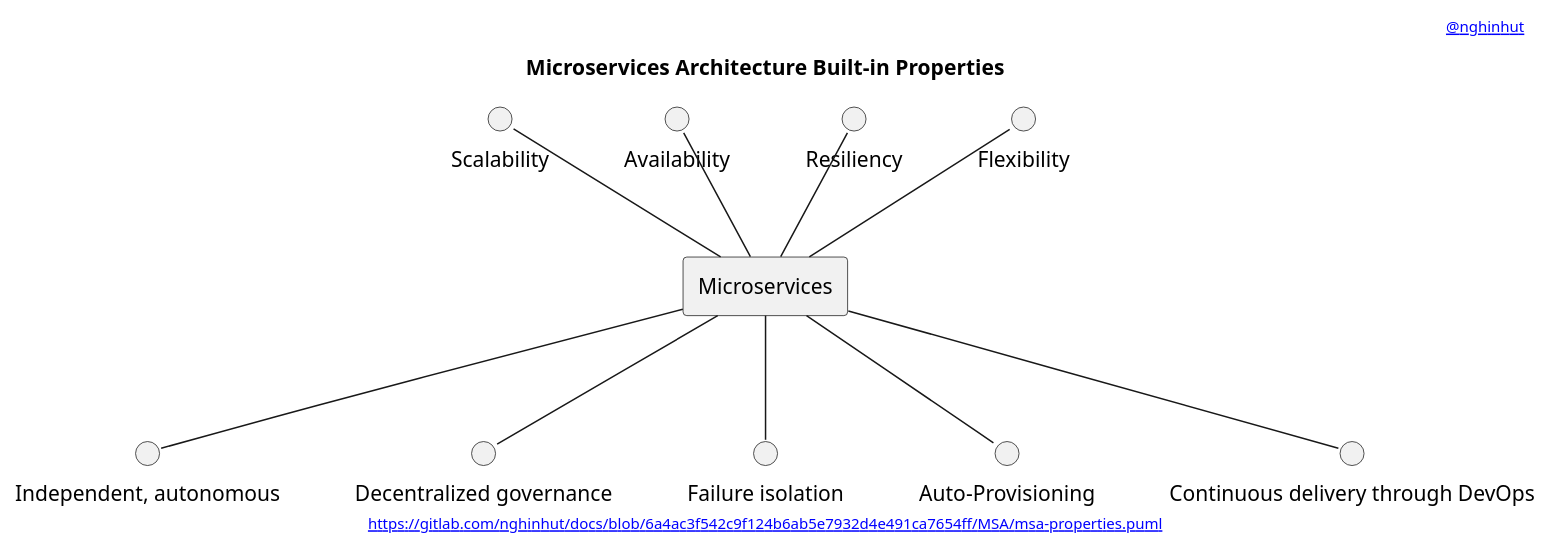
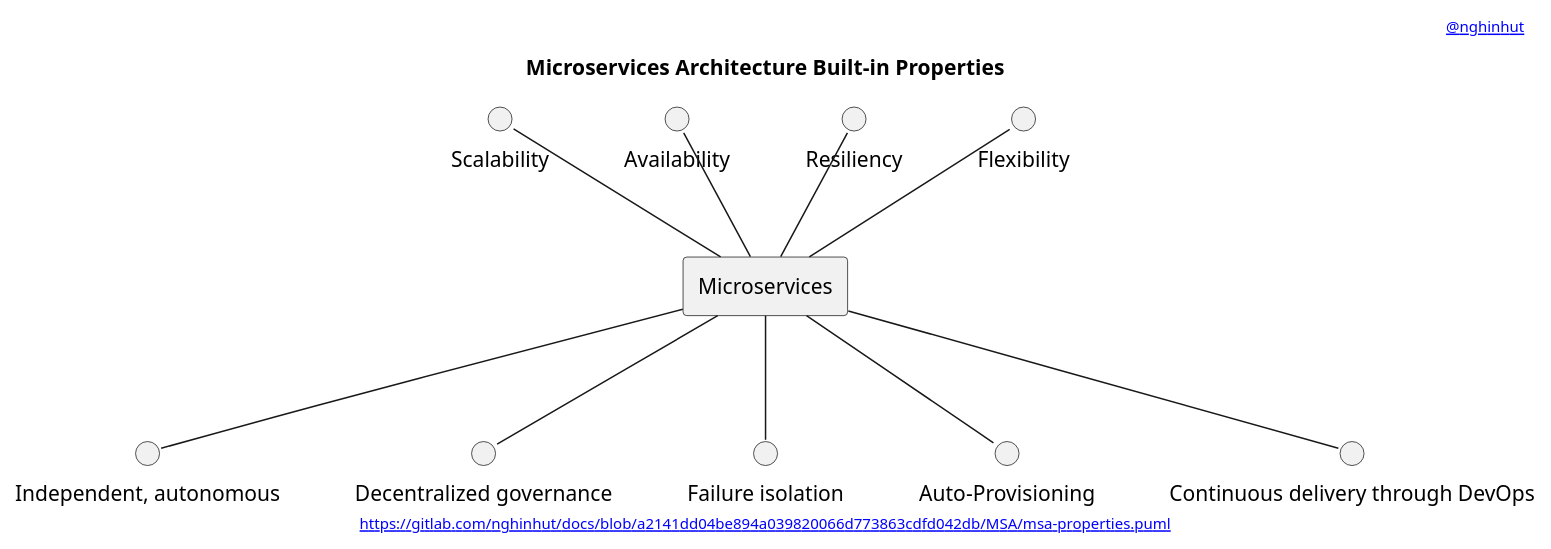
One commit to nghinhut/docs changed the diagram in MSA/msa-properties.puml. Above: the diagram before and after it, drawn with PlantUML. The commit also changed 17 other files, not shown here.

Commit message:
Update diagrams

```diff
--- a/MSA/msa-properties.puml
+++ b/MSA/msa-properties.puml
@@ -1,31 +1,31 @@
 @startuml
 '-----START auto generated metadata please keep comment here to allow auto update-----
 '-----DON'T EDIT THIS SECTION, INSTEAD RE-RUN prebuild.sh TO UPDATE-----
-header [[www.nghinhut.dev?from=https%5C%3A%5C%2F%5C%2Fgitlab%5C.com%5C%2Fnghinhut%5C%2Fdocs%5C%2Fblob%5C%2F6a4ac3f542c9f124b6ab5e7932d4e491ca7654ff%5C%2FMSA%5C%2Fmsa-properties%5C.puml%0A @nghinhut]]
-footer [[http://www.plantuml.com/plantuml/proxy?fmt=svg&src=https://gitlab.com/nghinhut/docs/raw/6a4ac3f542c9f124b6ab5e7932d4e491ca7654ff/MSA/msa-properties.puml https://gitlab.com/nghinhut/docs/blob/6a4ac3f542c9f124b6ab5e7932d4e491ca7654ff/MSA/msa-properties.puml]]
+header [[https://www.nghinhut.dev?from=http%5C%3A%5C%2F%5C%2Fwww%5C.plantuml%5C.com%5C%2Fplantuml%5C%2Fproxy%3Ffmt%3Dsvg%5C%26src%3Dhttps%5C%3A%5C%2F%5C%2Fgitlab%5C.com%5C%2Fnghinhut%5C%2Fdocs%5C%2Fraw%5C%2Fa2141dd04be894a039820066d773863cdfd042db%5C%2FMSA%5C%2Fmsa-properties%5C.puml%0A @nghinhut]]
+footer [[http://www.plantuml.com/plantuml/proxy?fmt=svg&src=https://gitlab.com/nghinhut/docs/raw/a2141dd04be894a039820066d773863cdfd042db/MSA/msa-properties.puml https://gitlab.com/nghinhut/docs/blob/a2141dd04be894a039820066d773863cdfd042db/MSA/msa-properties.puml]]
 '-----END auto generated metadata please keep comment here to allow auto update-----
 title Microservices Architecture Built-in Properties
 
 rectangle "Microservices" as msa
 
 circle "Scalability" as scalability
 circle "Availability" as availability
 circle "Resiliency" as resiliency
 circle "Flexibility" as flexibility
 circle "Independent, autonomous" as independent_autonomous
 circle "Decentralized governance" as decentralized_governance
 circle "Failure isolation" as failure_isolation
 circle "Auto-Provisioning" as auto_provisioning
 circle "Continuous delivery through DevOps" as cd
 
 scalability -- msa
 availability -- msa
 resiliency -- msa
 flexibility -- msa
 msa -- independent_autonomous
 msa -- decentralized_governance
 msa -- failure_isolation
 msa -- auto_provisioning
 msa -- cd
 
 @enduml
```
